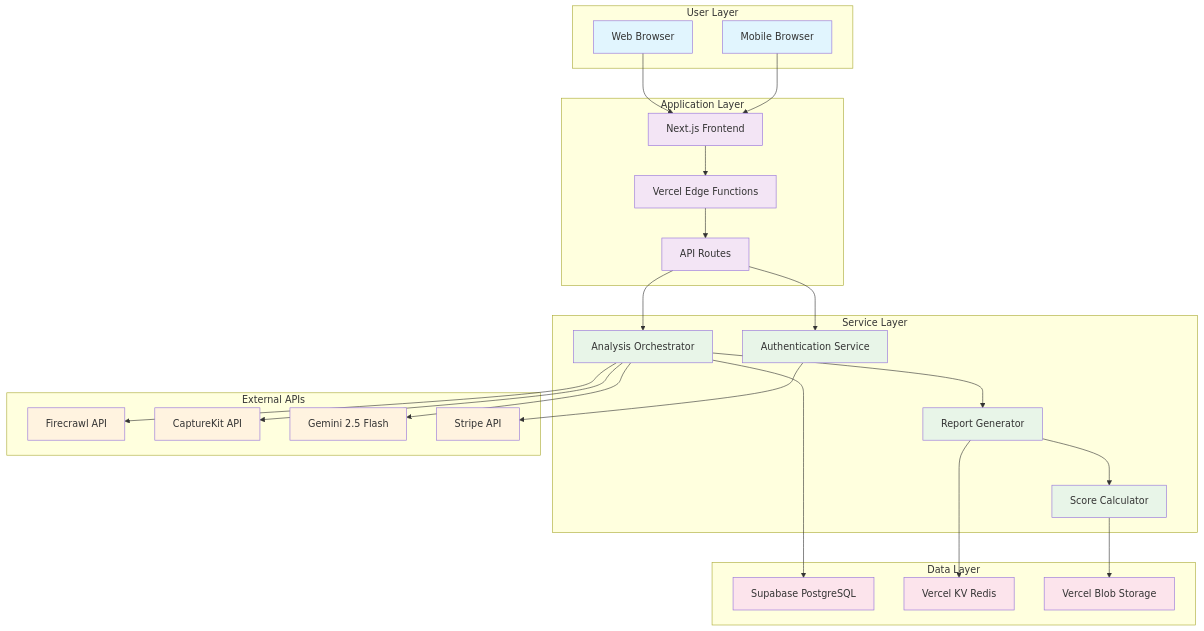
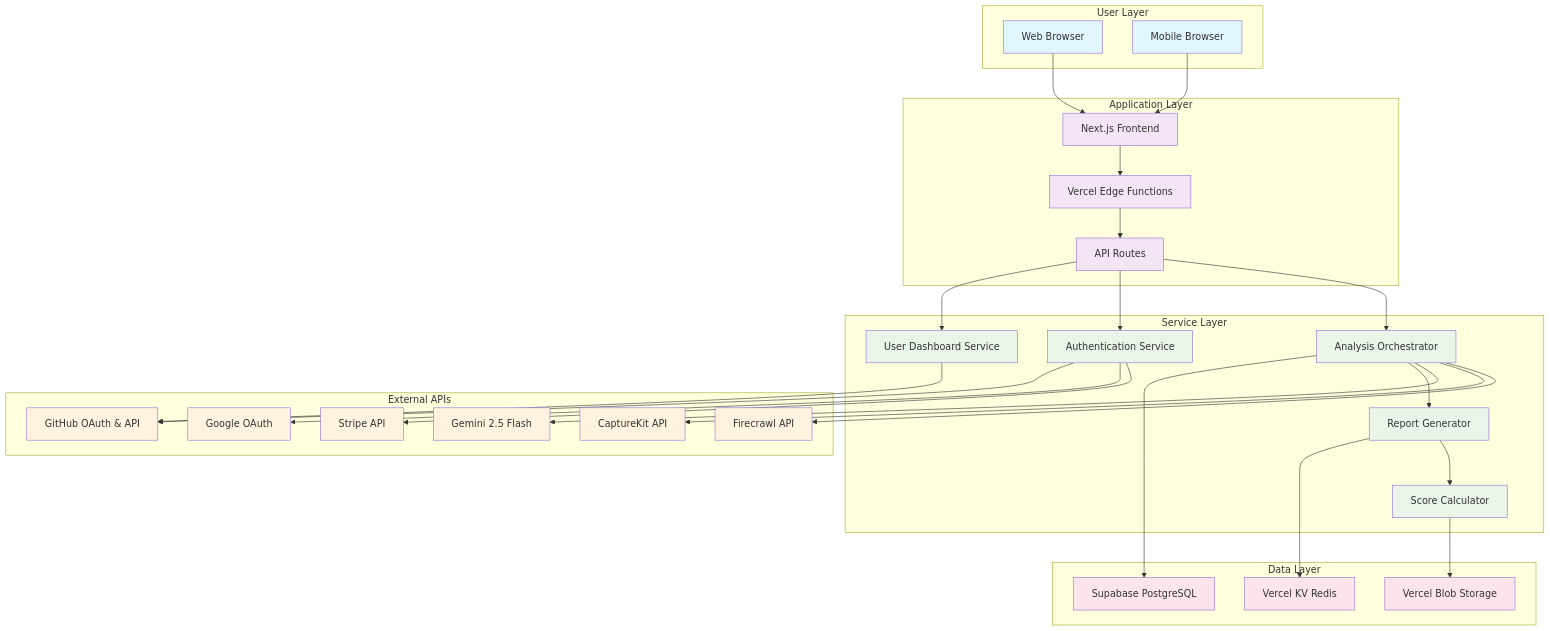
Before and after one commit to Waisnu/plusfolio: the first of 17 diagrams in docs/flowcharts.md, drawn with Mermaid. The commit also changed other lines of this file and 19 other files, not shown here.

````diff
--- a/docs/flowcharts.md
+++ b/docs/flowcharts.md
@@ -14,63 +14,70 @@
 ```mermaid
 graph TB
     subgraph "User Layer"
         U1[Web Browser]
         U2[Mobile Browser]
     end
     
     subgraph "Application Layer"
         A1[Next.js Frontend]
         A2[Vercel Edge Functions]
         A3[API Routes]
     end
     
     subgraph "Service Layer"
         S1[Analysis Orchestrator]
         S2[Report Generator]
         S3[Score Calculator]
         S4[Authentication Service]
+        S5[User Dashboard Service]
     end
     
     subgraph "External APIs"
         E1[Firecrawl API]
         E2[CaptureKit API]
         E3[Gemini 2.5 Flash]
         E4[Stripe API]
+        E5[Google OAuth]
+        E6[GitHub OAuth & API]
     end
     
     subgraph "Data Layer"
         D1[Supabase PostgreSQL]
         D2[Vercel KV Redis]
         D3[Vercel Blob Storage]
     end
     
     U1 --> A1
     U2 --> A1
     A1 --> A2
     A2 --> A3
     A3 --> S1
     A3 --> S4
+    A3 --> S5
     
     S1 --> E1
     S1 --> E2
     S1 --> E3
     S1 --> S2
     S2 --> S3
     S4 --> E4
+    S4 --> E5
+    S4 --> E6
+    S5 --> E6
     
     S1 --> D1
     S2 --> D2
     S3 --> D3
     
     classDef user fill:#e1f5fe
     classDef app fill:#f3e5f5
     classDef service fill:#e8f5e8
     classDef external fill:#fff3e0
     classDef data fill:#fce4ec
     
     class U1,U2 user
     class A1,A2,A3 app
-    class S1,S2,S3,S4 service
-    class E1,E2,E3,E4 external
+    class S1,S2,S3,S4,S5 service
+    class E1,E2,E3,E4,E5,E6 external
     class D1,D2,D3 data
 ```
````
